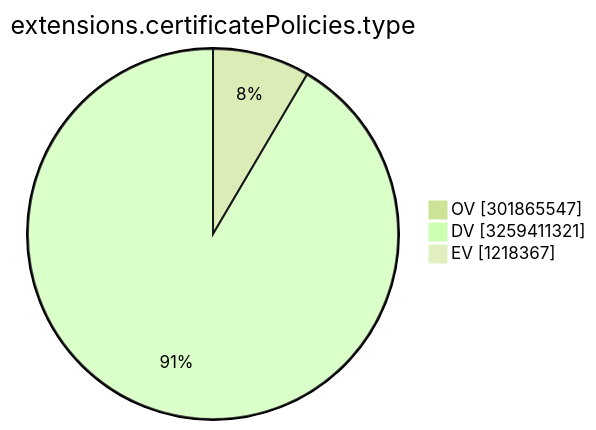
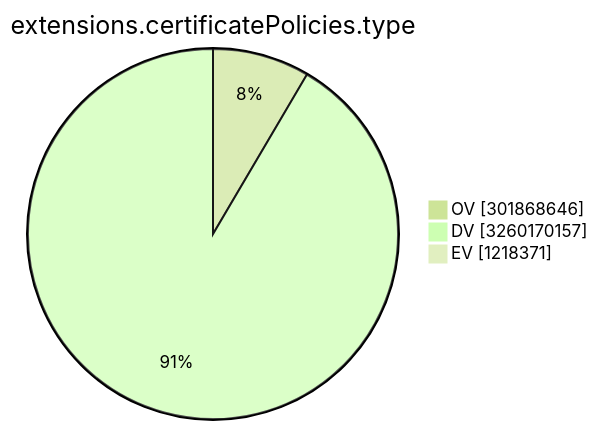
One commit to christiankrug/ctmonitor_visualization changed the ninth of 15 diagrams in TOTAL/README.md. Above: the diagram before and after it, drawn with Mermaid (forest theme). The commit also changed other lines of this file, not shown here.

````diff
--- a/TOTAL/README.md
+++ b/TOTAL/README.md
@@ -3107,7 +3107,7 @@
 ```mermaid
 pie showData
 title extensions.certificatePolicies.type
-"OV" :301865547
-"DV" :3259411321
-"EV" :1218367
+"OV" :301868646
+"DV" :3260170157
+"EV" :1218371
 ```
````
